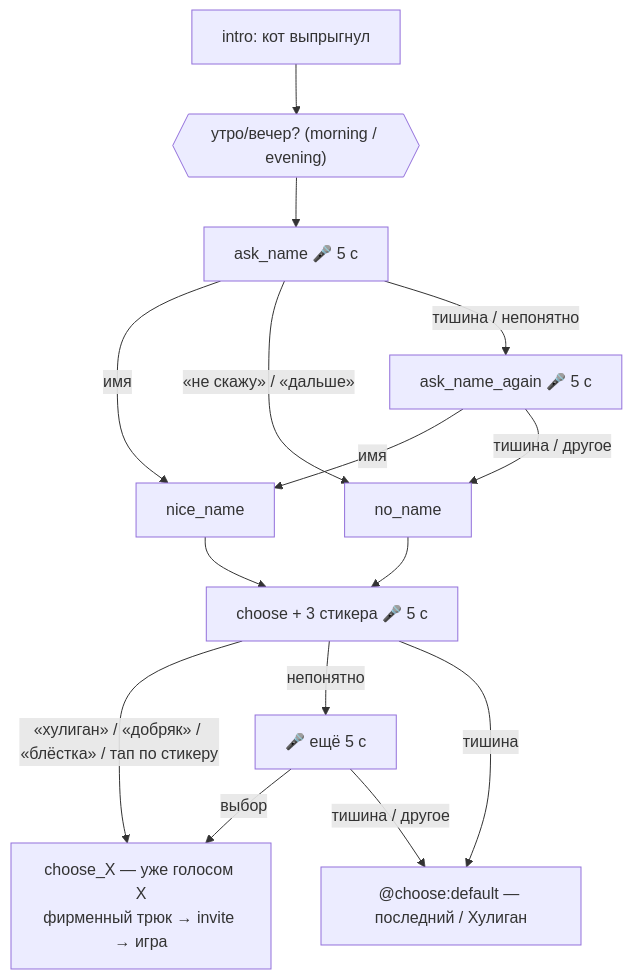
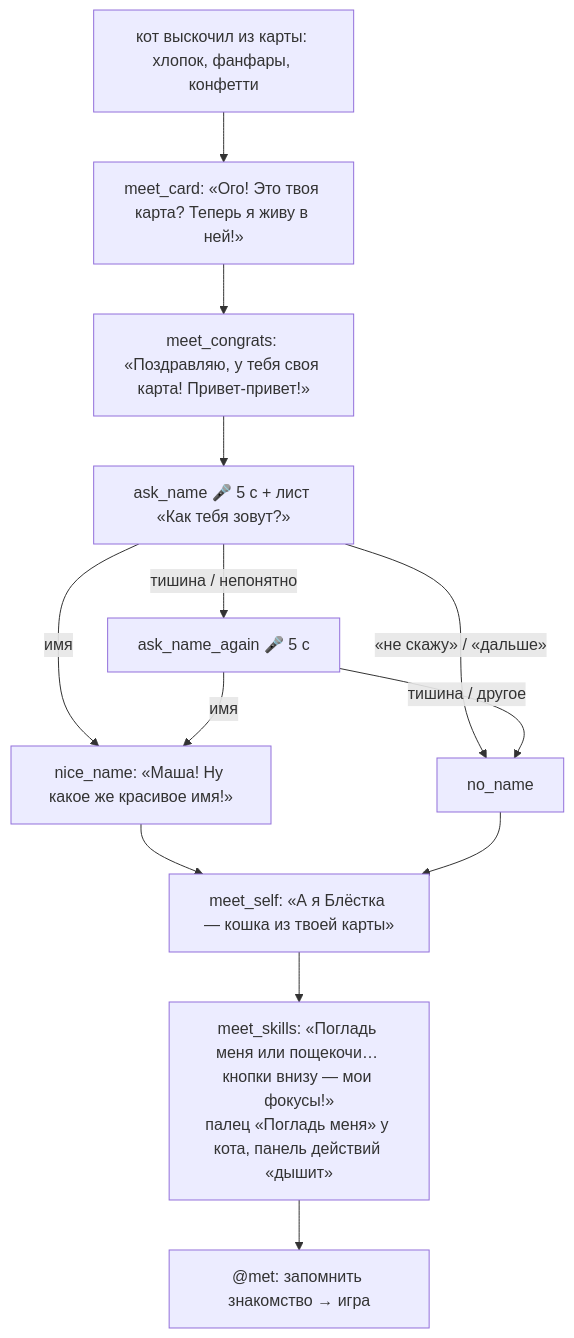
Before and after one commit to vsershov21-spec/ar: the first of 7 diagrams in docs/DIALOGS.md, drawn with Mermaid. The commit also changed other lines of this file and 33 other files, not shown here.

````diff
--- a/docs/DIALOGS.md
+++ b/docs/DIALOGS.md
@@ -63,17 +63,15 @@
 ```mermaid
 flowchart TD
-  A[intro: кот выпрыгнул] --> B{{"утро/вечер? (morning / evening)"}}
-  B --> ASK["ask_name 🎤 5 с"]
-  ASK -- имя --> NICE[nice_name]
+  A["кот выскочил из карты: хлопок, фанфары, конфетти"] --> C["meet_card: «Ого! Это твоя карта? Теперь я живу в ней!»"]
+  C --> G["meet_congrats: «Поздравляю, у тебя своя карта! Привет-привет!»"]
+  G --> ASK["ask_name 🎤 5 с + лист «Как тебя зовут?»"]
+  ASK -- имя --> NICE["nice_name: «Маша! Ну какое же красивое имя!»"]
   ASK -- «не скажу» / «дальше» --> NO[no_name]
   ASK -- тишина / непонятно --> AGAIN["ask_name_again 🎤 5 с"]
   AGAIN -- имя --> NICE
   AGAIN -- тишина / другое --> NO
-  NICE --> CH["choose + 3 стикера 🎤 5 с"]
-  NO --> CH
-  CH -- «хулиган» / «добряк» / «блёстка» / тап по стикеру --> SET["choose_X — уже голосом X<br/>фирменный трюк → invite → игра"]
-  CH -- непонятно --> WAIT["🎤 ещё 5 с"]
-  WAIT -- выбор --> SET
-  CH -- тишина --> DEF["@choose:default — последний / Хулиган"]
-  WAIT -- тишина / другое --> DEF
+  NICE --> SELF["meet_self: «А я Блёстка — кошка из твоей карты»"]
+  NO --> SELF
+  SELF --> SK["meet_skills: «Погладь меня или пощекочи… кнопки внизу — мои фокусы!»<br/>палец «Погладь меня» у кота, панель действий «дышит»"]
+  SK --> MET["@met: запомнить знакомство → игра"]
 ```
````
